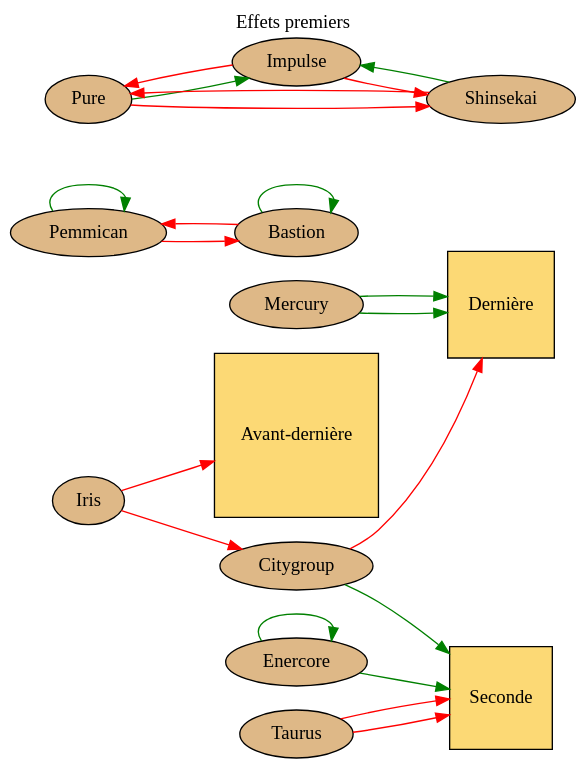
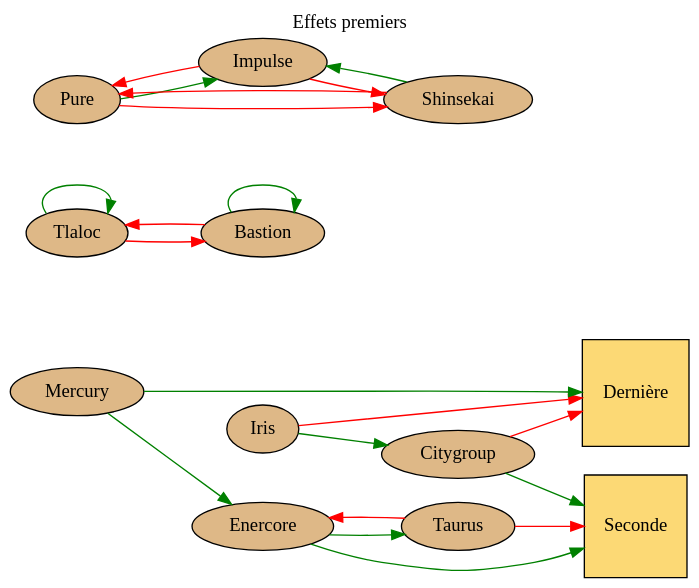
One commit to Neamar/corporate changed the diagram in data/cities/detroit/graphviz/first.dot. Above: the diagram before and after it, drawn with Graphviz.

Commit message:
Update first.dot
Changement des effets premiers

```diff
--- a/data/cities/detroit/graphviz/first.dot
+++ b/data/cities/detroit/graphviz/first.dot
@@ -1,55 +1,54 @@
 # dot -T svg data/cities/detroit/graphviz/first.dot > website/static/graphviz/detroit/first.svg
 digraph g{
 	graph [
 			rankdir = "LR"
 			bgcolor=transparent
 	];
 	// title
 	labelloc="t";
 	label="Effets premiers";
 
 	second [shape=square, fillcolor="#FCD975", style="filled", label="Seconde"];
-	avantdernier [shape=square, fillcolor="#FCD975", style="filled", label="Avant-dernière"];
 	dernier [shape=square, fillcolor="#FCD975", style="filled", label="Dernière"];
 
-	pemmican [shape=ellipse, fillcolor="burlywood", style="filled", label="Pemmican"];
+	tlaloc [shape=ellipse, fillcolor="burlywood", style="filled", label="Tlaloc"];
 	bastion [shape=ellipse, fillcolor="burlywood", style="filled", label="Bastion"];
 	citygroup [shape=ellipse, fillcolor="burlywood", style="filled", label="Citygroup"];
 	enercore [shape=ellipse, fillcolor="burlywood", style="filled", label="Enercore"];
 	iris [shape=ellipse, fillcolor="burlywood",style="filled", label="Iris"];
 	mercury [shape=ellipse, fillcolor="burlywood", style="filled", label="Mercury"];
 	pure [shape=ellipse, fillcolor="burlywood", style="filled", label="Pure"];
 	impulse [shape=ellipse, fillcolor="burlywood", style="filled", label="Impulse"];
 	shinsekai [shape=ellipse, fillcolor="burlywood", style="filled", label="Shinsekai"];
 	taurus [shape=ellipse, fillcolor="burlywood", style="filled", label="Taurus"];
 
 	citygroup -> dernier [color="red"];
 	citygroup -> second [color="green"];
 
-	bastion -> pemmican [color="red"];
+	bastion -> tlaloc [color="red"];
 	bastion -> bastion [color="green"];
 
-	pemmican -> pemmican [color="green"];
-	pemmican -> bastion [color="red"];
+	tlaloc -> tlaloc [color="green"];
+	tlaloc -> bastion [color="red"];
 
-	taurus-> second [color="red"];
+	taurus-> enercore [color="red"];
 	taurus-> second [color="red"];
 
-	enercore -> enercore [color="green"];
+	enercore -> taurus [color="green"];
 	enercore -> second [color="green"];
 
 	shinsekai -> pure [color="red"];
 	shinsekai -> impulse [color="green"];
 
 	impulse -> shinsekai [color="red"];
 	impulse -> pure [color="red"];
 
 	pure -> shinsekai [color="red"];
 	pure -> impulse [color="green"];
 
-	mercury -> dernier [color="green"];
+	mercury -> enercore [color="green"];
 	mercury -> dernier [color="green"];
 
-	iris -> avantdernier [color="red"];
-	iris -> citygroup [color="red"];
+	iris -> dernier [color="red"];
+	iris -> citygroup [color="green"];
 }
```
